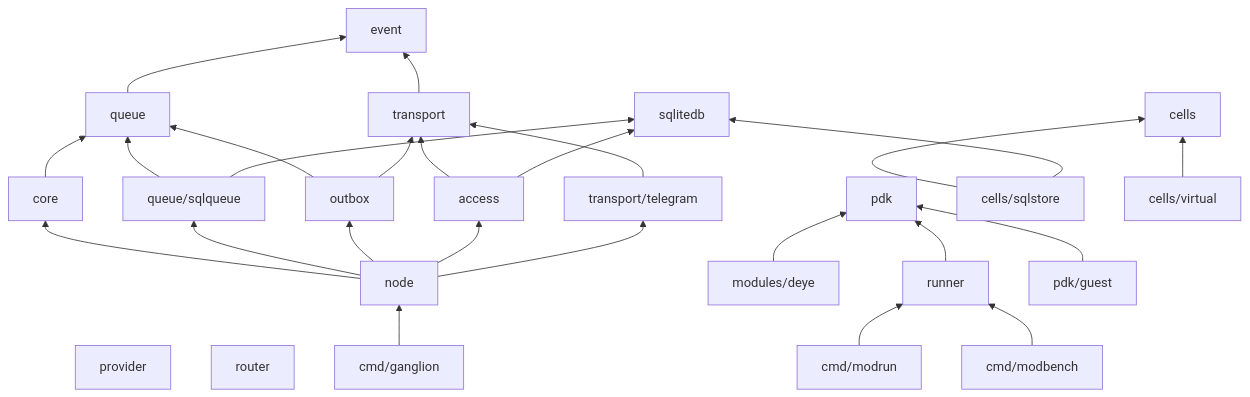
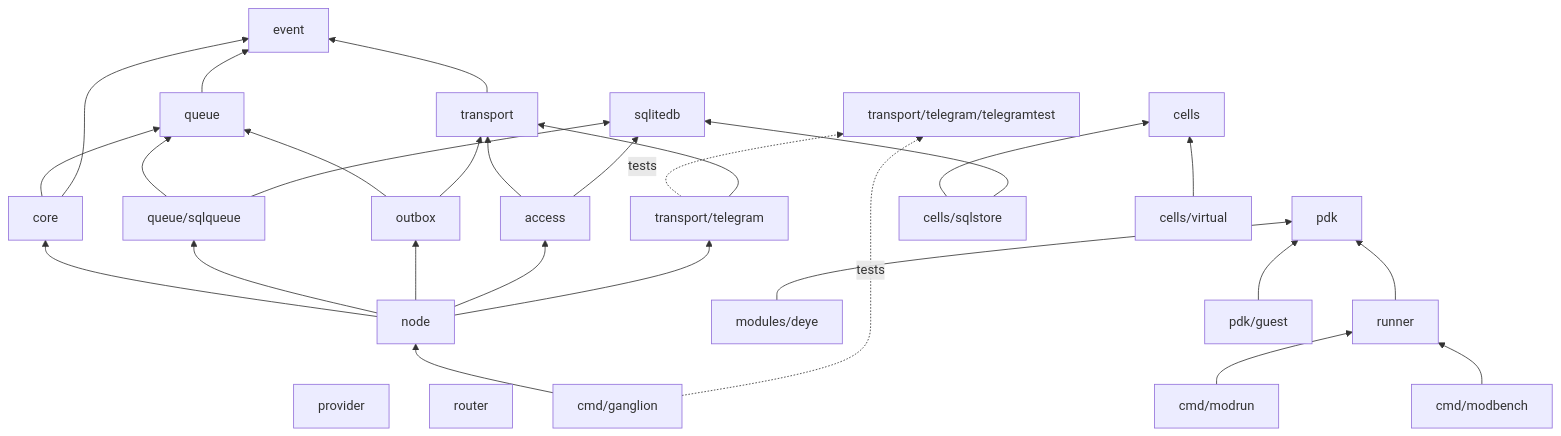
Before and after one commit to igorrius/ganglion: the diagram in docs/architecture/05-code-map.md, drawn with Mermaid. The commit also changed other lines of this file and 16 other files, not shown here.

````diff
--- a/docs/architecture/05-code-map.md
+++ b/docs/architecture/05-code-map.md
@@ -45,33 +45,37 @@
 ```mermaid
 flowchart BT
     event["event"]
     transport["transport"] --> event
     queue["queue"] --> event
     provider["provider"]
     router["router"]
     node["node"]
     cmd["cmd/ganglion"] --> node
     corep["core"] --> queue
+    corep --> event
+    tgtest["transport/telegram/telegramtest"]
+    tgp -. tests .-> tgtest
+    cmd -. tests .-> tgtest
     node --> corep
     node --> sqlqueue
     node --> outboxp
     node --> accessp
     node --> tgp["transport/telegram"]
     tgp --> transport
     pdk["pdk"]
     deye["modules/deye"] --> pdk
     runner["runner"] --> pdk
     modrun["cmd/modrun"] --> runner
     modbench["cmd/modbench"] --> runner
     guest["pdk/guest"] --> pdk
     cellsp["cells"]
     sqlstore["cells/sqlstore"] --> cellsp
     sqlstore --> sqlitedb["sqlitedb"]
     virtualb["cells/virtual"] --> cellsp
     sqlqueue["queue/sqlqueue"] --> queue
     sqlqueue --> sqlitedb
     outboxp["outbox"] --> queue
     outboxp --> transport
     accessp["access"] --> transport
     accessp --> sqlitedb
 ```
````
